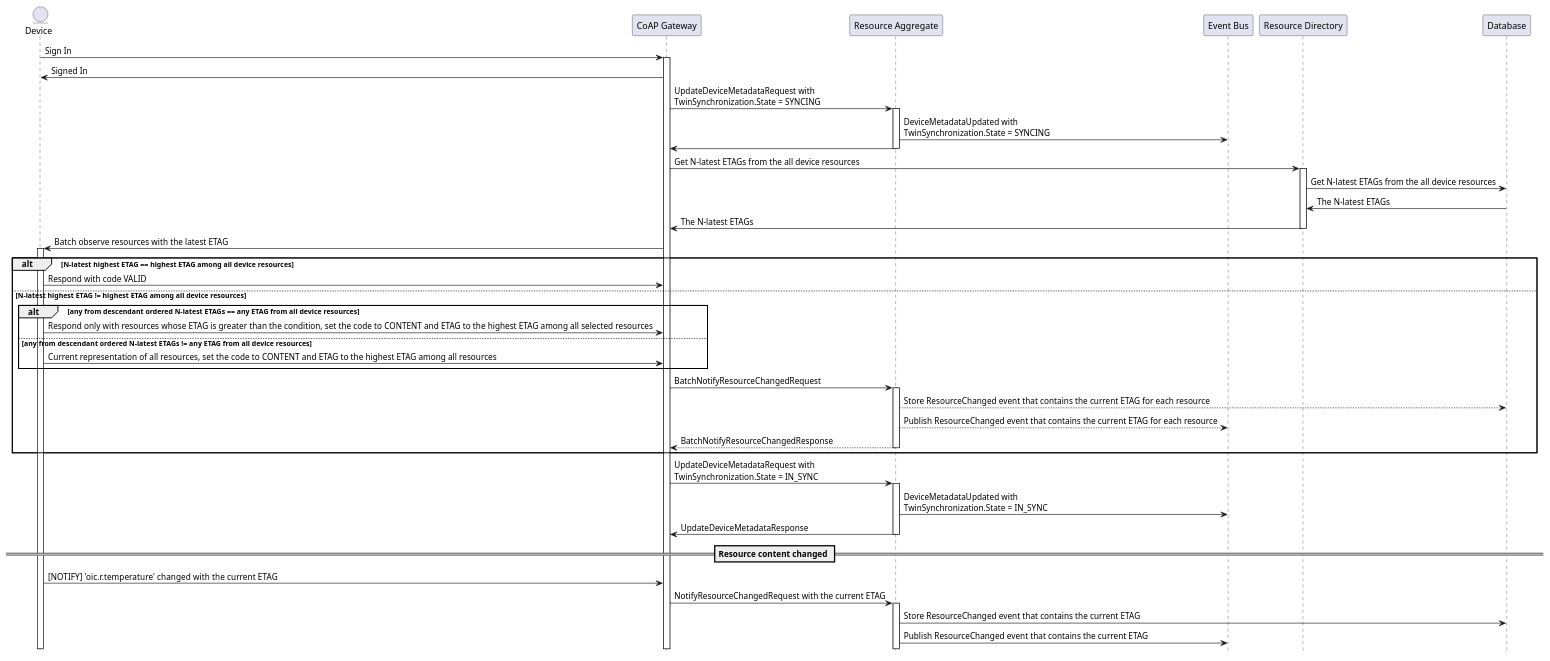
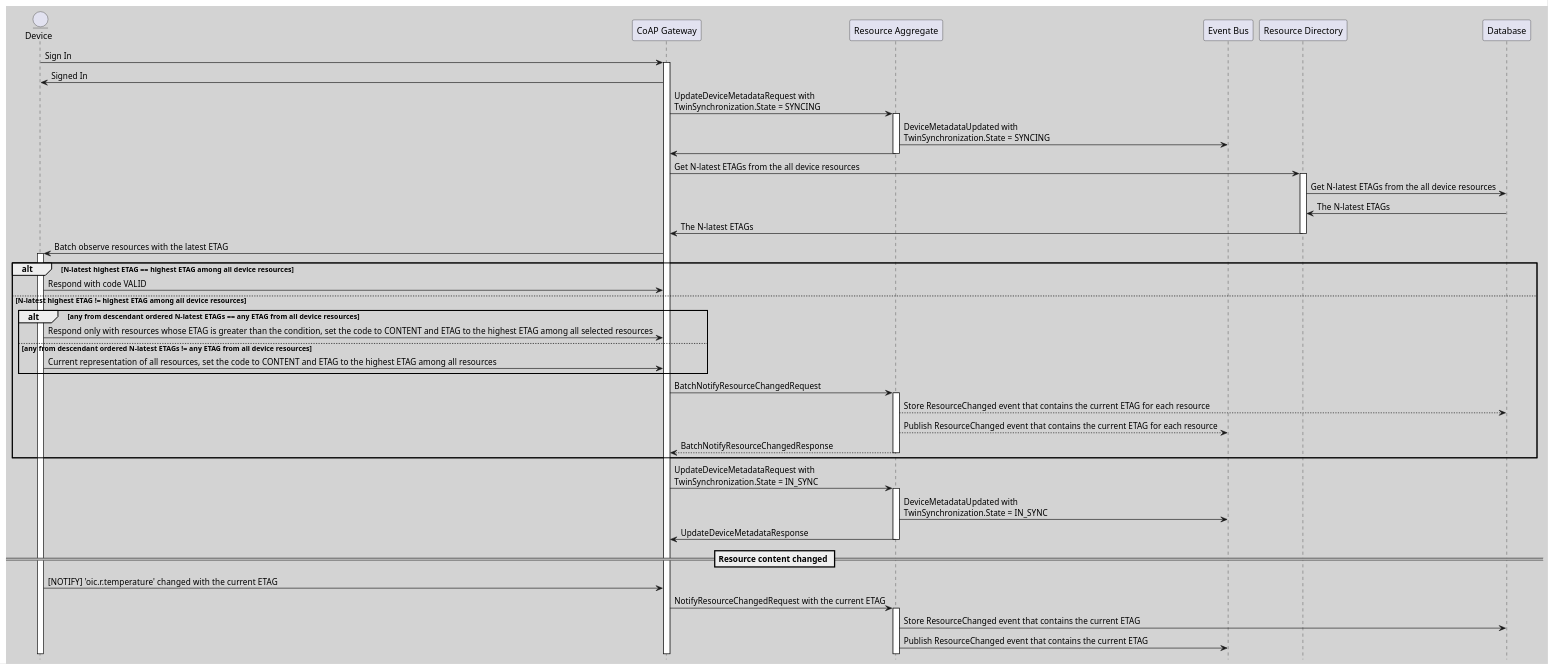
One commit to plgd-dev/doc changed the diagram in content/en/docs/features/control-plane/entity-tag.md. Above: the diagram before and after it, drawn with PlantUML. The commit also changed 9 other files, not shown here.

```diff
--- a/content/en/docs/features/control-plane/entity-tag.md
+++ b/content/en/docs/features/control-plane/entity-tag.md
@@ -187,50 +187,50 @@
 {{< plantuml id="etag-batch-observe" >}}
 @startuml Sequence
-skinparam backgroundColor transparent
+skinparam backgroundColor lightgrey
 hide footbox
 
 entity Device as "Device"
 participant CGW as "CoAP Gateway"
 participant RA as "Resource Aggregate"
 participant EB as "Event Bus"
 participant RD as "Resource Directory"
 
 Device -> CGW ++: Sign In
 CGW ->Device: Signed In
 CGW -> RA++: UpdateDeviceMetadataRequest with\nTwinSynchronization.State = SYNCING
 RA -> EB: DeviceMetadataUpdated with\nTwinSynchronization.State = SYNCING
 RA -> CGW
 deactivate RA
 CGW -> RD++: Get N-latest ETAGs from the all device resources
 RD -> Database: Get N-latest ETAGs from the all device resources
 Database -> RD: The N-latest ETAGs
  RD -> CGW: The N-latest ETAGs
  deactivate RD
 CGW -> Device++: Batch observe resources with the latest ETAG
 alt N-latest highest ETAG == highest ETAG among all device resources
   Device -> CGW: Respond with code VALID
 else N-latest highest ETAG != highest ETAG among all device resources
   alt any from descendant ordered N-latest ETAGs == any ETAG from all device resources
     Device -> CGW: Respond only with resources whose ETAG is greater than the condition, set the code to CONTENT and ETAG to the highest ETAG among all selected resources
   else any from descendant ordered N-latest ETAGs != any ETAG from all device resources
     Device -> CGW: Current representation of all resources, set the code to CONTENT and ETAG to the highest ETAG among all resources
   end
   CGW -> RA++: BatchNotifyResourceChangedRequest
   RA --> Database: Store ResourceChanged event that contains the current ETAG for each resource
   RA --> EB: Publish ResourceChanged event that contains the current ETAG for each resource
   return BatchNotifyResourceChangedResponse
 end
 CGW -> RA++: UpdateDeviceMetadataRequest with\nTwinSynchronization.State = IN_SYNC
 RA -> EB: DeviceMetadataUpdated with\nTwinSynchronization.State = IN_SYNC
 RA -> CGW: UpdateDeviceMetadataResponse
 deactivate RA
 
 == Resource content changed ==
 
 Device -> CGW : [NOTIFY] 'oic.r.temperature' changed with the current ETAG
 CGW -> RA++: NotifyResourceChangedRequest with the current ETAG
 RA -> Database: Store ResourceChanged event that contains the current ETAG
 RA -> EB: Publish ResourceChanged event that contains the current ETAG
 
 @enduml
 {{< /plantuml >}}
```
